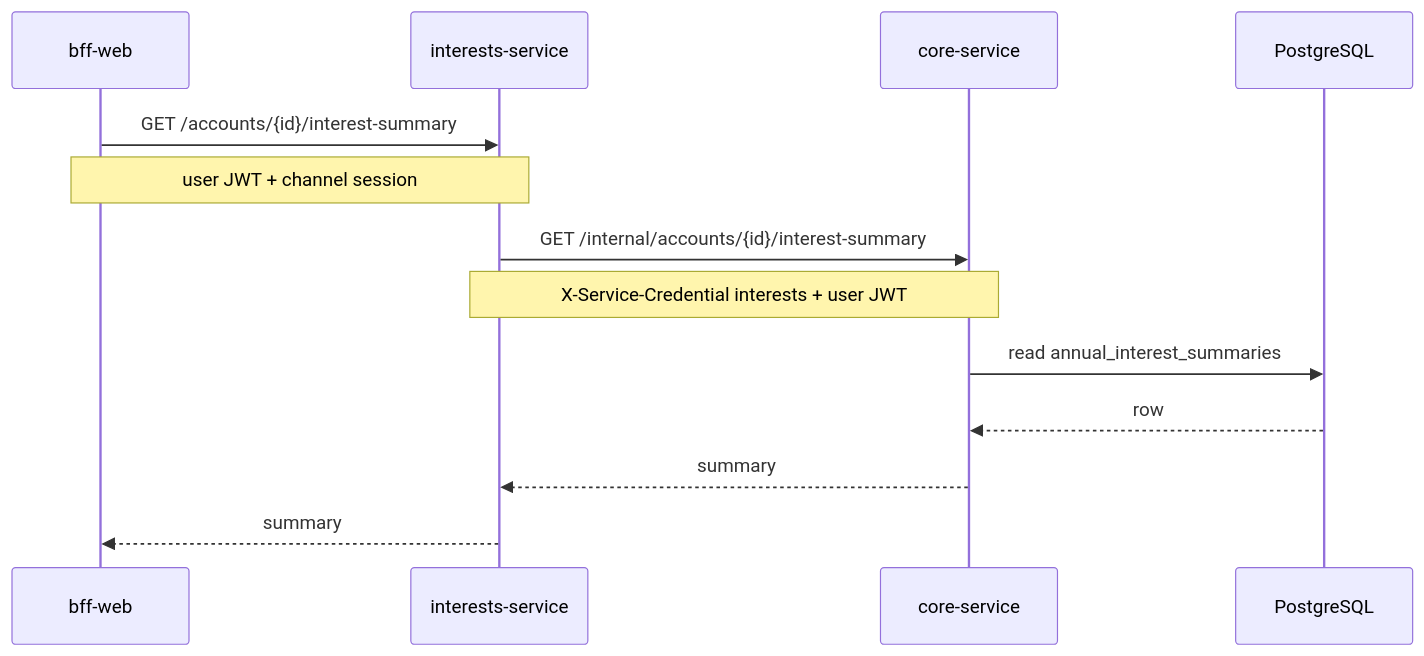
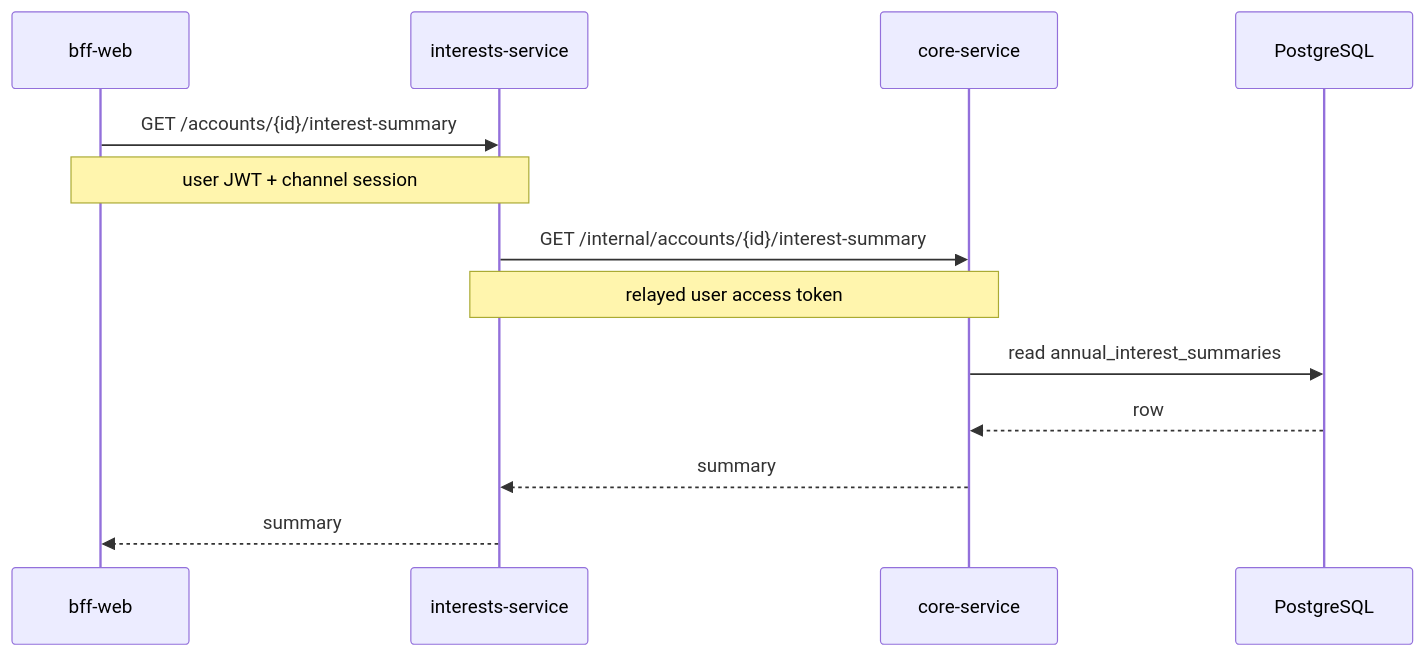
One commit to gustavoduocuc/xyz_bank_server changed the second of 5 diagrams in docs/architecture.md. Above: the diagram before and after it, drawn with Mermaid. The commit also changed other lines of this file and 8 other files, not shown here.

````diff
--- a/docs/architecture.md
+++ b/docs/architecture.md
@@ -82,16 +84,16 @@
 ```mermaid
 sequenceDiagram
   participant Web as bff-web
   participant Interests as interests-service
   participant Core as core-service
   participant Db as PostgreSQL
 
   Web->>Interests: GET /accounts/{id}/interest-summary
   Note over Web,Interests: user JWT + channel session
   Interests->>Core: GET /internal/accounts/{id}/interest-summary
-  Note over Interests,Core: X-Service-Credential interests + user JWT
+  Note over Interests,Core: relayed user access token
   Core->>Db: read annual_interest_summaries
   Db-->>Core: row
   Core-->>Interests: summary
   Interests-->>Web: summary
 ```
````
